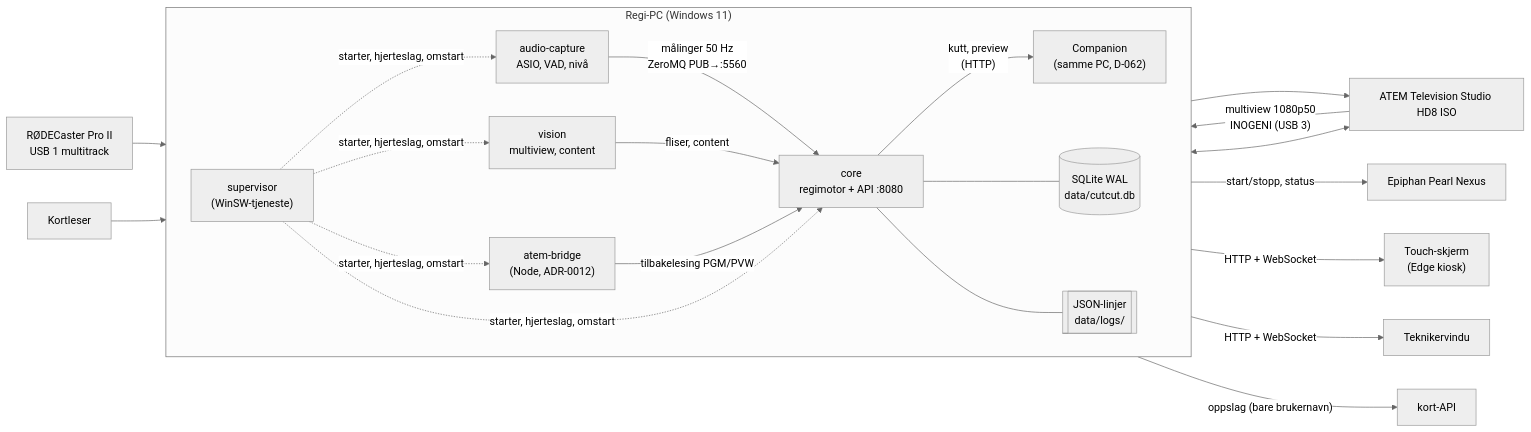
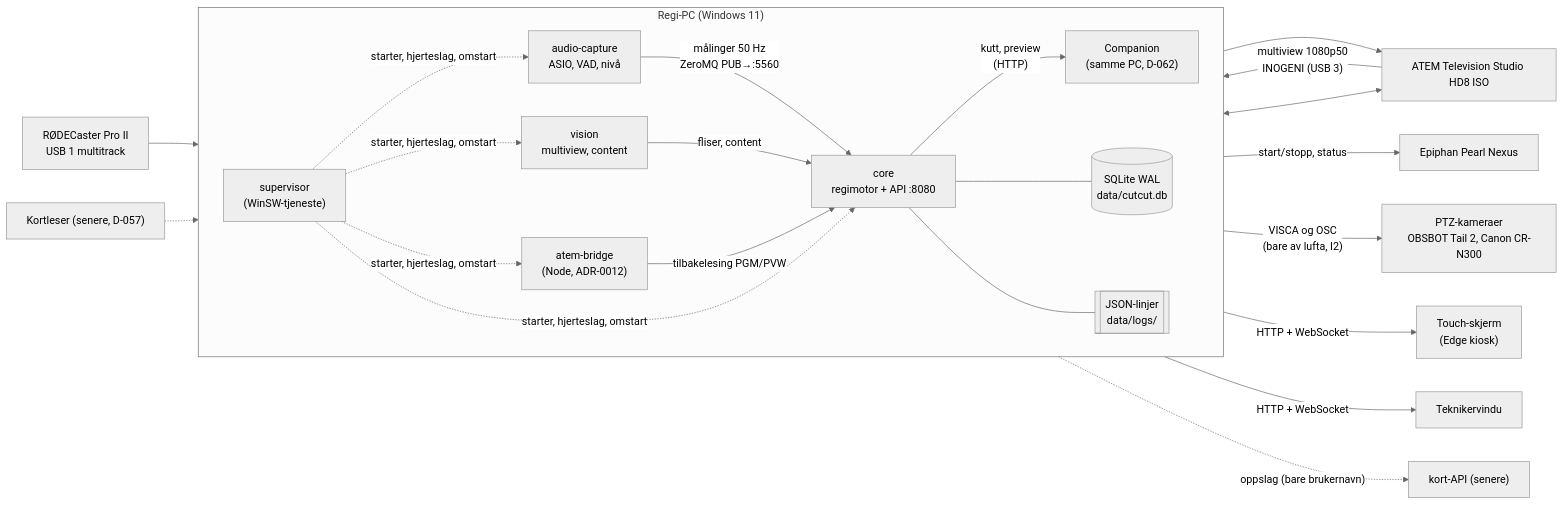
The first of 5 diagrams in docs/architecture/README.md (multimediesenteret/CutCutStudio), drawn with Mermaid (neutral theme) before and after one commit. The commit also changed other lines of this file and 77 other files, not shown here.

````diff
--- a/docs/architecture/README.md
+++ b/docs/architecture/README.md
@@ -11,30 +11,31 @@
 ```mermaid
 flowchart LR
   subgraph PC["Regi-PC (Windows 11)"]
     direction LR
     SUP["supervisor<br/>(WinSW-tjeneste)"]
     AUD["audio-capture<br/>ASIO, VAD, nivå"]
     VIS["vision<br/>multiview, content"]
     CORE["core<br/>regimotor + API :8080"]
     BRIDGE["atem-bridge<br/>(Node, ADR-0012)"]
     COMP["Companion<br/>(samme PC, D-062)"]
     DB[("SQLite WAL<br/>data/cutcut.db")]
     LOGS[["JSON-linjer<br/>data/logs/"]]
   end
   RODE["RØDECaster Pro II<br/>USB 1 multitrack"] --> AUD
   ATEM["ATEM Television Studio HD8 ISO"] -- "multiview 1080p50<br/>INOGENI (USB 3)" --> VIS
   AUD -- "målinger 50 Hz<br/>ZeroMQ PUB→:5560" --> CORE
   VIS -- "fliser, content" --> CORE
   CORE -- "kutt, preview<br/>(HTTP)" --> COMP
   COMP --> ATEM
   BRIDGE -- "tilbakelesing PGM/PVW" --> CORE
   ATEM <--> BRIDGE
   CORE -- "start/stopp, status" --> PEARL["Epiphan Pearl Nexus"]
+  CORE -- "VISCA og OSC<br/>(bare av lufta, I2)" --> CAMS["PTZ-kameraer<br/>OBSBOT Tail 2, Canon CR-N300"]
   CORE --- DB
   CORE --- LOGS
   SUP -. "starter, hjerteslag, omstart" .-> AUD & VIS & CORE & BRIDGE
   CORE -- "HTTP + WebSocket" --> TOUCH["Touch-skjerm<br/>(Edge kiosk)"]
   CORE -- "HTTP + WebSocket" --> TECH["Teknikervindu"]
-  CARD["Kortleser"] --> CORE
-  CORE -- "oppslag (bare brukernavn)" --> Multimediesenteret["kort-API"]
+  CARD["Kortleser (senere, D-057)"] -.-> CORE
+  CORE -. "oppslag (bare brukernavn)" .-> Multimediesenteret["kort-API (senere)"]
 ```
````
